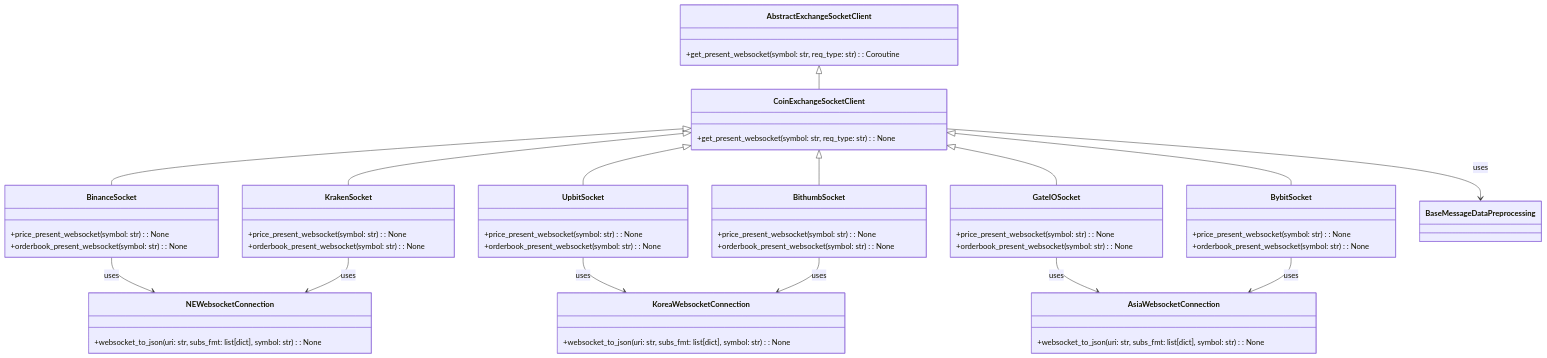
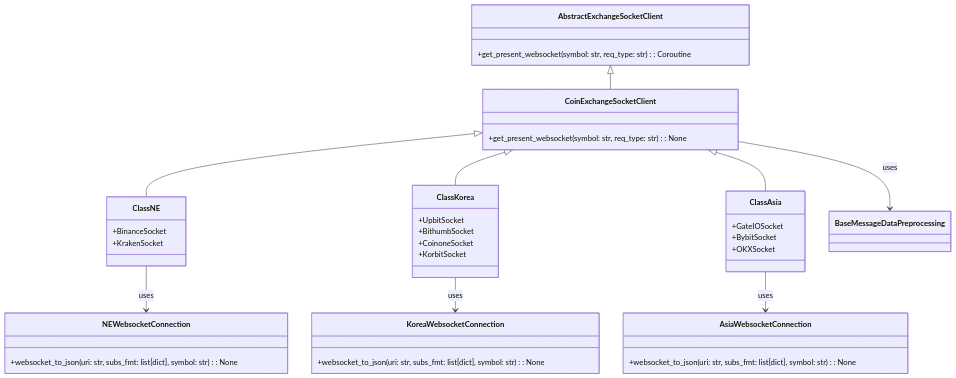
One commit to MajorShareholderClub/ExchangePipeline changed the second of 2 diagrams in protocols/readme.md. Above: the diagram before and after it, drawn with Mermaid. The commit also changed other lines of this file, not shown here.

Commit message:
sytle: readme, 가독성개선

````diff
--- a/protocols/readme.md
+++ b/protocols/readme.md
@@ -43,57 +37,42 @@
 ```mermaid      
 classDiagram
     class AbstractExchangeSocketClient {
         +get_present_websocket(symbol: str, req_type: str): Coroutine
     }
     class CoinExchangeSocketClient {
         +get_present_websocket(symbol: str, req_type: str): None
-    }
-    class BinanceSocket {
-        +price_present_websocket(symbol: str): None
-        +orderbook_present_websocket(symbol: str): None
-    }
-    class UpbitSocket {
-        +price_present_websocket(symbol: str): None
-        +orderbook_present_websocket(symbol: str): None
-    }
-    class KrakenSocket {
-        +price_present_websocket(symbol: str): None
-        +orderbook_present_websocket(symbol: str): None
-    }
-    class BithumbSocket {
-        +price_present_websocket(symbol: str): None
-        +orderbook_present_websocket(symbol: str): None
-    }
-    class GateIOSocket {
-        +price_present_websocket(symbol: str): None
-        +orderbook_present_websocket(symbol: str): None
-    }
-    class BybitSocket {
-        +price_present_websocket(symbol: str): None
-        +orderbook_present_websocket(symbol: str): None
     }
     class NEWebsocketConnection {
         +websocket_to_json(uri: str, subs_fmt: list[dict], symbol: str): None
     }
     class KoreaWebsocketConnection {
         +websocket_to_json(uri: str, subs_fmt: list[dict], symbol: str): None
     }
     class AsiaWebsocketConnection {
         +websocket_to_json(uri: str, subs_fmt: list[dict], symbol: str): None
     }
+    class ClassNE {
+        +BinanceSocket
+        +KrakenSocket
+    }
+    class ClassKorea {
+        +UpbitSocket
+        +BithumbSocket
+        +CoinoneSocket
+        +KorbitSocket
+    }
+    class ClassAsia {
+        +GateIOSocket
+        +BybitSocket
+        +OKXSocket
+    }
 
     AbstractExchangeSocketClient <|-- CoinExchangeSocketClient
-    CoinExchangeSocketClient <|-- BinanceSocket
-    CoinExchangeSocketClient <|-- UpbitSocket
-    CoinExchangeSocketClient <|-- KrakenSocket
-    CoinExchangeSocketClient <|-- BithumbSocket
-    CoinExchangeSocketClient <|-- GateIOSocket
-    CoinExchangeSocketClient <|-- BybitSocket
+    CoinExchangeSocketClient <|-- ClassNE
+    CoinExchangeSocketClient <|-- ClassKorea
+    CoinExchangeSocketClient <|-- ClassAsia
     CoinExchangeSocketClient --> BaseMessageDataPreprocessing : uses
-    BinanceSocket --> NEWebsocketConnection : uses
-    UpbitSocket --> KoreaWebsocketConnection : uses
-    KrakenSocket --> NEWebsocketConnection : uses
-    BithumbSocket --> KoreaWebsocketConnection : uses
-    GateIOSocket --> AsiaWebsocketConnection : uses
-    BybitSocket --> AsiaWebsocketConnection : uses
+    ClassNE --> NEWebsocketConnection : uses
+    ClassKorea --> KoreaWebsocketConnection : uses
+    ClassAsia --> AsiaWebsocketConnection : uses
 ```
````
